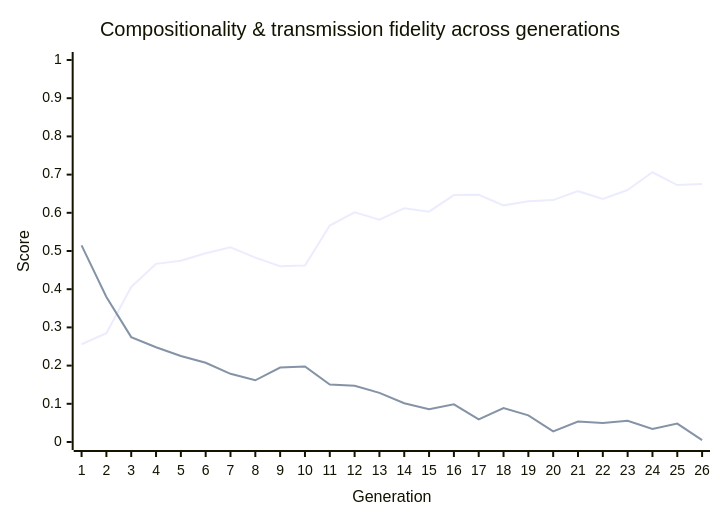
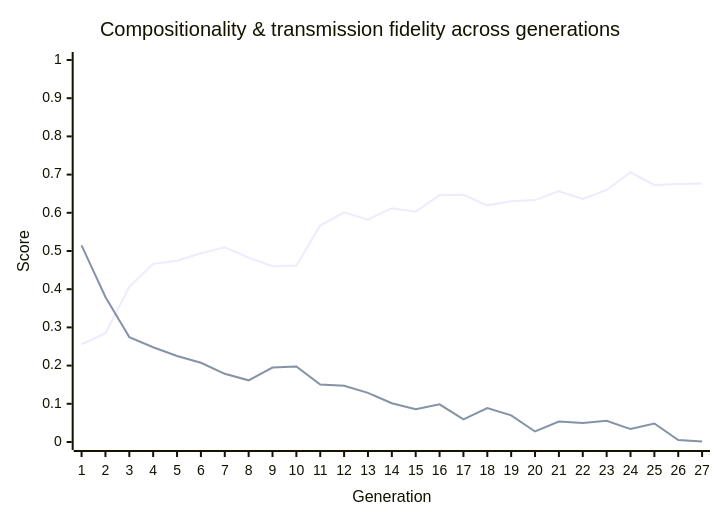
The diagram in metrics/latest-report.md (nichobbs/traditio), drawn with Mermaid before and after one commit. The commit also changed other lines of this file and 1 other file, not shown here.

````diff
--- a/metrics/latest-report.md
+++ b/metrics/latest-report.md
@@ -40,8 +40,8 @@
 ```mermaid
 xychart-beta
     title "Compositionality & transmission fidelity across generations"
-    x-axis "Generation" [1, 2, 3, 4, 5, 6, 7, 8, 9, 10, 11, 12, 13, 14, 15, 16, 17, 18, 19, 20, 21, 22, 23, 24, 25, 26]
+    x-axis "Generation" [1, 2, 3, 4, 5, 6, 7, 8, 9, 10, 11, 12, 13, 14, 15, 16, 17, 18, 19, 20, 21, 22, 23, 24, 25, 26, 27]
     y-axis "Score" 0 --> 1
-    line "Compositionality" [0.2559, 0.2849, 0.4060, 0.4663, 0.4745, 0.4941, 0.5099, 0.4826, 0.4603, 0.4619, 0.5665, 0.6011, 0.5822, 0.6121, 0.6029, 0.6464, 0.6473, 0.6195, 0.6304, 0.6332, 0.6566, 0.6361, 0.6598, 0.7061, 0.6725, 0.6757]
-    line "Transmission Fidelity" [0.5148, 0.3796, 0.2746, 0.2481, 0.2251, 0.2074, 0.1785, 0.1615, 0.1949, 0.1977, 0.1504, 0.1472, 0.1286, 0.1016, 0.0861, 0.0987, 0.0594, 0.0888, 0.0697, 0.0276, 0.0536, 0.0500, 0.0553, 0.0339, 0.0483, 0.0051]
+    line "Compositionality" [0.2559, 0.2849, 0.4060, 0.4663, 0.4745, 0.4941, 0.5099, 0.4826, 0.4603, 0.4619, 0.5665, 0.6011, 0.5822, 0.6121, 0.6029, 0.6464, 0.6473, 0.6195, 0.6304, 0.6332, 0.6566, 0.6361, 0.6598, 0.7061, 0.6725, 0.6757, 0.6767]
+    line "Transmission Fidelity" [0.5148, 0.3796, 0.2746, 0.2481, 0.2251, 0.2074, 0.1785, 0.1615, 0.1949, 0.1977, 0.1504, 0.1472, 0.1286, 0.1016, 0.0861, 0.0987, 0.0594, 0.0888, 0.0697, 0.0276, 0.0536, 0.0500, 0.0553, 0.0339, 0.0483, 0.0051, 0.0012]
 ```
````
